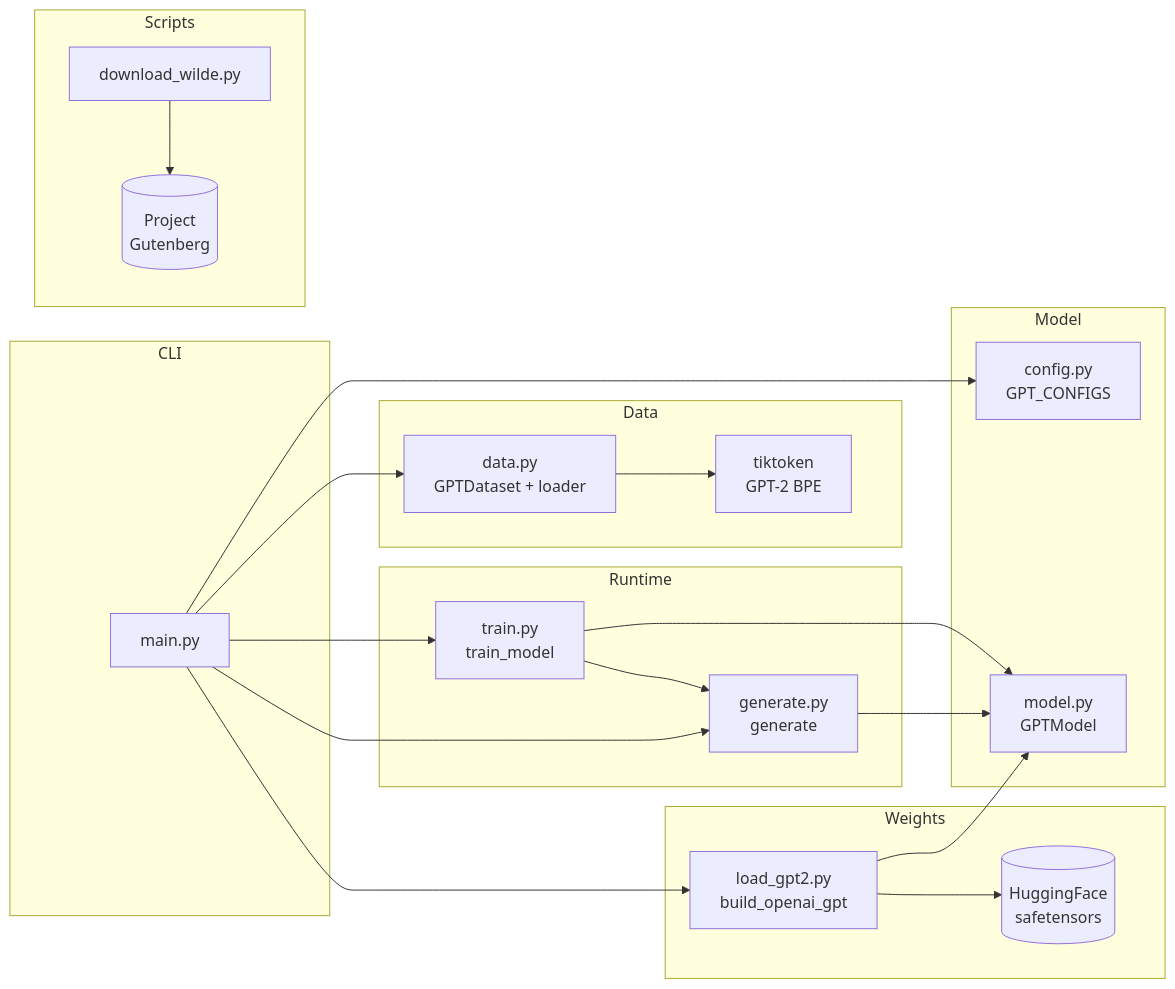
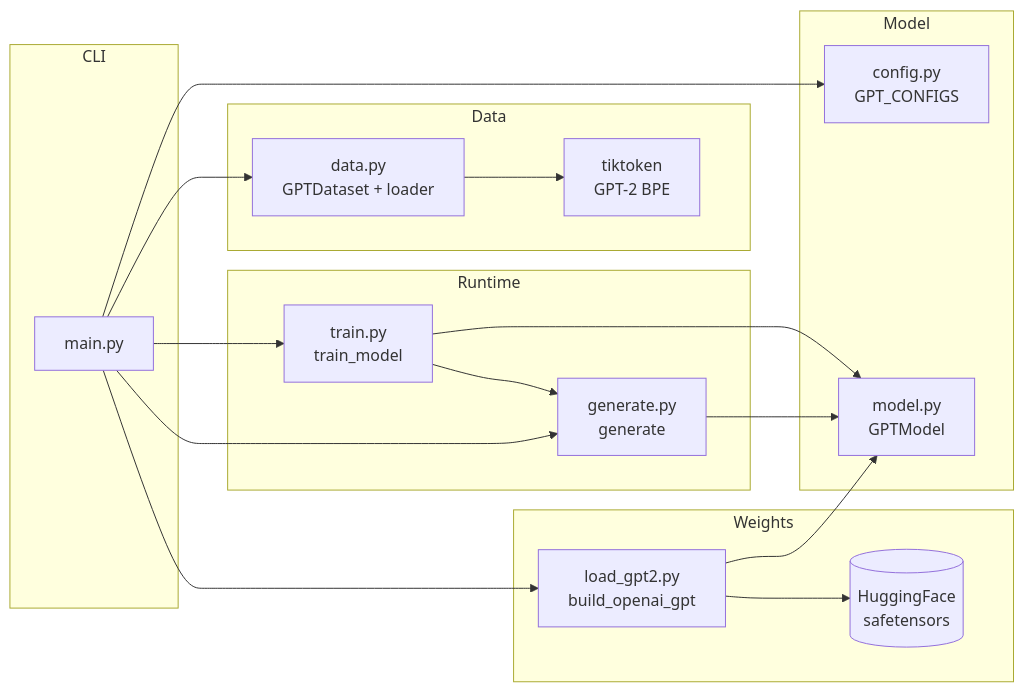
The first of 3 diagrams in docs/architecture.md (cacapouh/gpt2-from-scratch), drawn with Mermaid before and after one commit. The commit also changed other lines of this file and 11 other files, not shown here.

````diff
--- a/docs/architecture.md
+++ b/docs/architecture.md
@@ -21,39 +21,34 @@
 ```mermaid
 graph LR
     subgraph CLI
         MAIN[main.py]
     end
     subgraph Model
         MODEL[model.py<br/>GPTModel]
         CFG[config.py<br/>GPT_CONFIGS]
     end
     subgraph Data
         DATA[data.py<br/>GPTDataset + loader]
         TOK[tiktoken<br/>GPT-2 BPE]
     end
     subgraph Runtime
         TRAIN[train.py<br/>train_model]
         GEN[generate.py<br/>generate]
     end
     subgraph Weights
         LOAD[load_gpt2.py<br/>build_openai_gpt]
         HF[(HuggingFace<br/>safetensors)]
     end
-    subgraph Scripts
-        DLW[download_wilde.py]
-        GUT[(Project<br/>Gutenberg)]
-    end
 
     MAIN --> CFG
     MAIN --> DATA
     MAIN --> TRAIN
     MAIN --> GEN
     MAIN --> LOAD
     DATA --> TOK
     TRAIN --> MODEL
     TRAIN --> GEN
     GEN --> MODEL
     LOAD --> MODEL
     LOAD --> HF
-    DLW --> GUT
 ```
````
